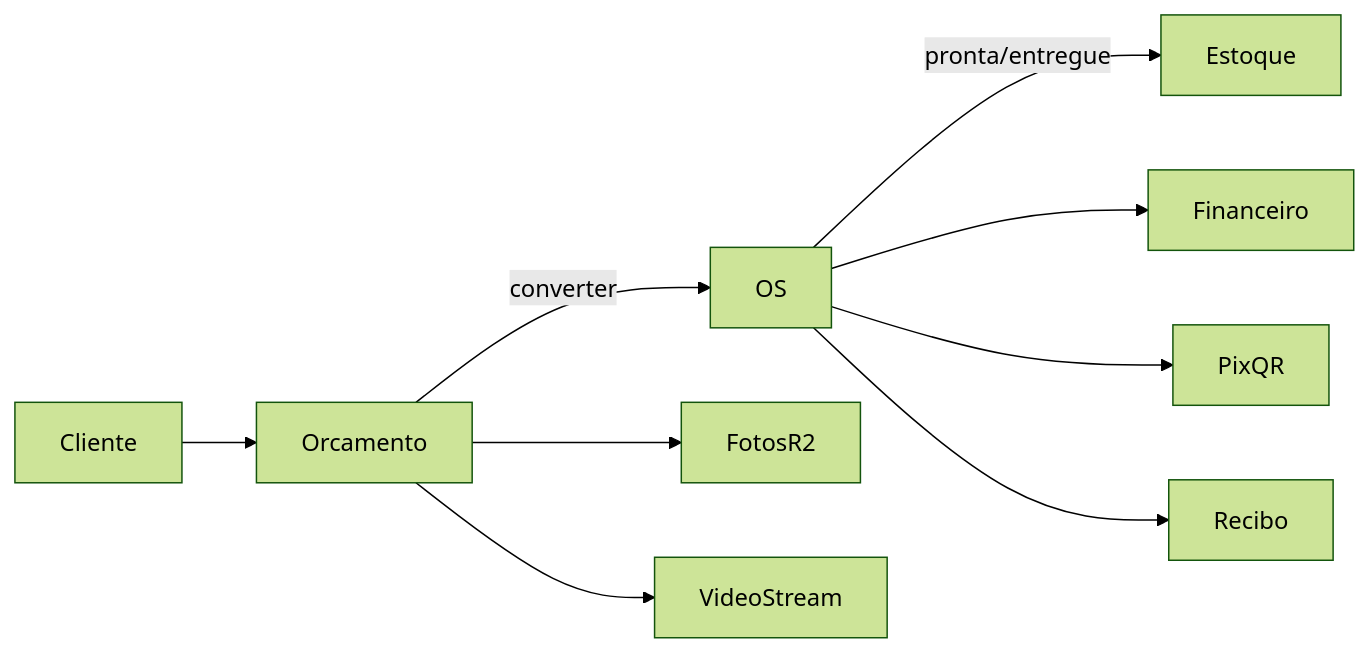
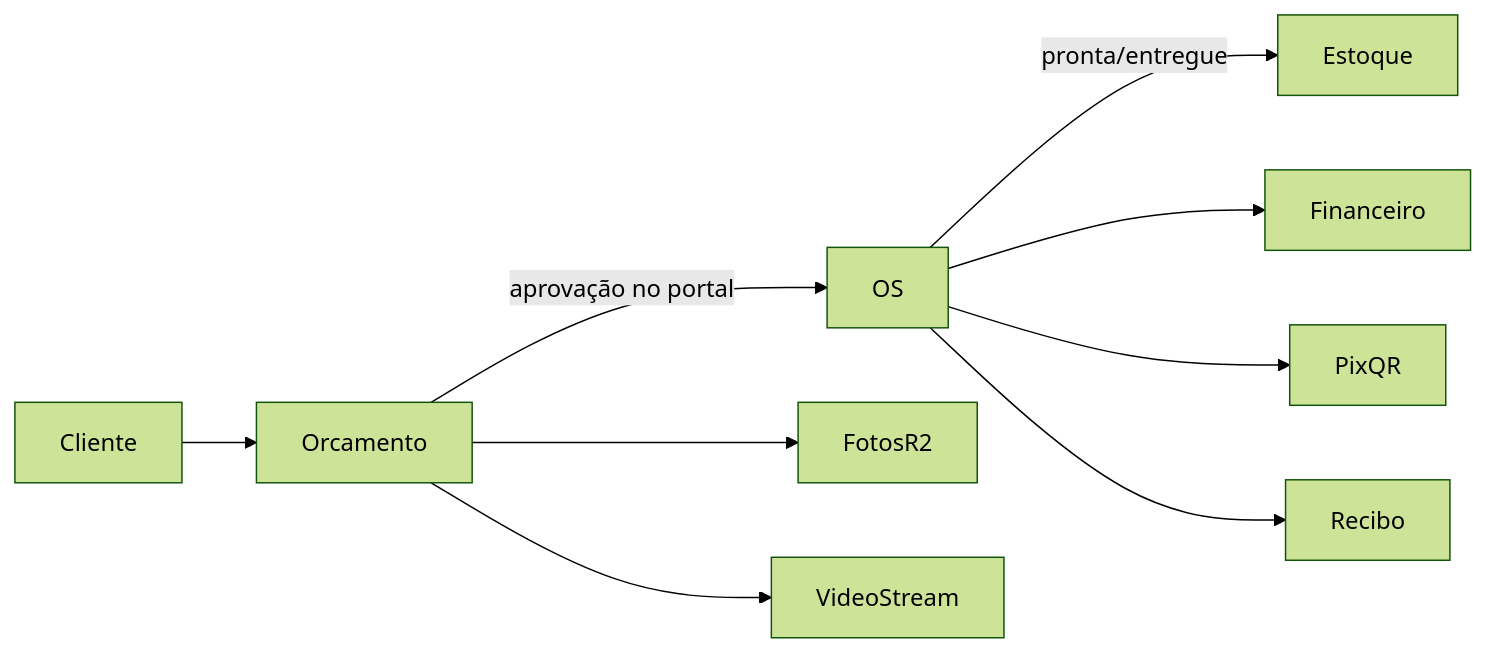
The diagram in docs/arquitetura.md (henriqueferraz/oficina-ai), drawn with Mermaid (forest theme) before and after one commit. The commit also changed other lines of this file and 6 other files, not shown here.

````diff
--- a/docs/arquitetura.md
+++ b/docs/arquitetura.md
@@ -83,11 +85,11 @@
 ```mermaid
 flowchart LR
   Cliente --> Orcamento
-  Orcamento -->|converter| OS
+  Orcamento -->|aprovação no portal| OS
   OS -->|pronta/entregue| Estoque
   OS --> Financeiro
   OS --> PixQR
   OS --> Recibo
   Orcamento --> FotosR2
   Orcamento --> VideoStream
 ```
````
